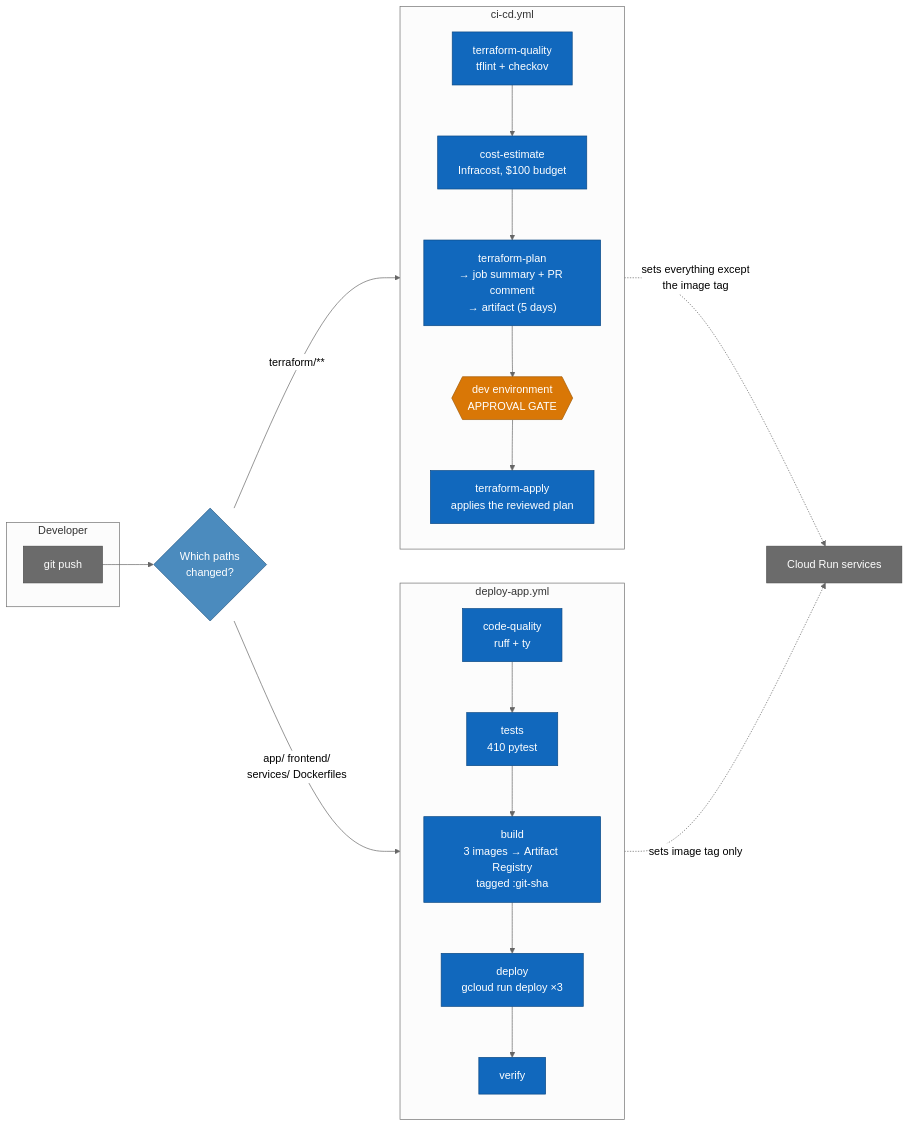
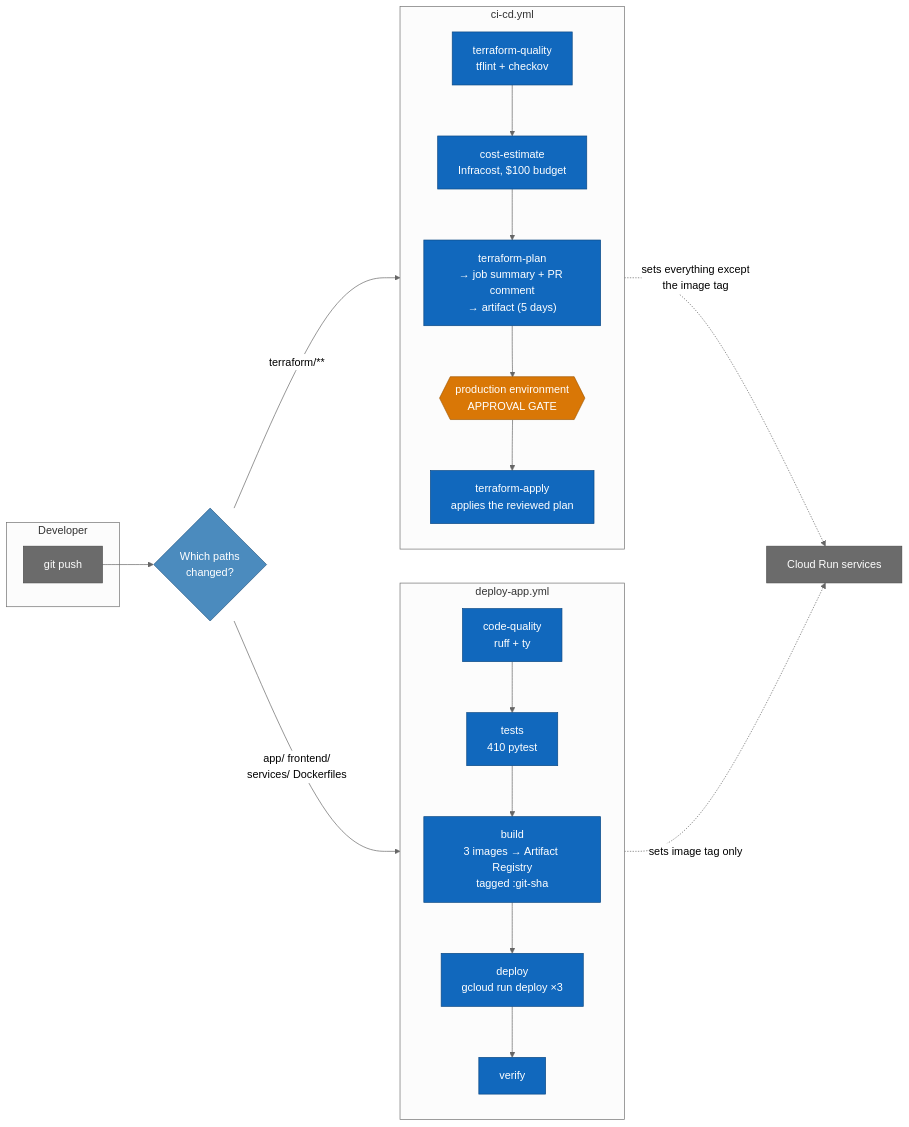
One commit to ivanprytula/cv-rest-mcp-server changed the eighth of 8 diagrams in docs/architecture-diagrams.md. Above: the diagram before and after it, drawn with Mermaid (neutral theme). The commit also changed 3 other files, not shown here.

First line of the commit message:
chore: rename ci-cd.yml's GitHub Environment gate from dev to production

````diff
--- a/docs/architecture-diagrams.md
+++ b/docs/architecture-diagrams.md
@@ -349,39 +349,39 @@
 ```mermaid
 flowchart LR
     subgraph dev["Developer"]
         push["git push"]:::ext
     end
 
     push --> gate{"Which paths<br/>changed?"}:::decision
 
     subgraph appwf["deploy-app.yml"]
         direction TB
         a1["code-quality<br/>ruff + ty"]:::job
         a2["tests<br/>410 pytest"]:::job
         a3["build<br/>3 images → Artifact Registry<br/>tagged :git-sha"]:::job
         a4["deploy<br/>gcloud run deploy ×3"]:::job
         a5["verify"]:::job
         a1 --> a2 --> a3 --> a4 --> a5
     end
 
     subgraph infrawf["ci-cd.yml"]
         direction TB
         i1["terraform-quality<br/>tflint + checkov"]:::job
         i2["cost-estimate<br/>Infracost, $100 budget"]:::job
         i3["terraform-plan<br/>→ job summary + PR comment<br/>→ artifact (5 days)"]:::job
-        i4{{"dev environment<br/>APPROVAL GATE"}}:::gate
+        i4{{"production environment<br/>APPROVAL GATE"}}:::gate
         i5["terraform-apply<br/>applies the reviewed plan"]:::job
         i1 --> i2 --> i3 --> i4 --> i5
     end
 
     gate -->|"app/ frontend/<br/>services/ Dockerfiles"| appwf
     gate -->|"terraform/**"| infrawf
 
     a4 -.->|"sets image tag only"| note1["Cloud Run services"]:::ext
     i5 -.->|"sets everything except<br/>the image tag"| note1
 
     classDef job fill:#1168bd,stroke:#0b4884,color:#fff
     classDef gate fill:#d97706,stroke:#a35a05,color:#fff
     classDef decision fill:#4b8bbe,stroke:#2d5c85,color:#fff
     classDef ext fill:#6b6b6b,stroke:#4a4a4a,color:#fff
 ```
````
